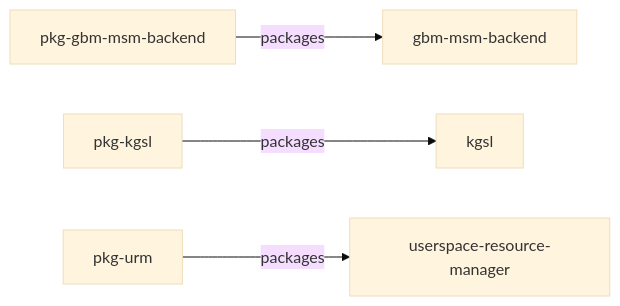
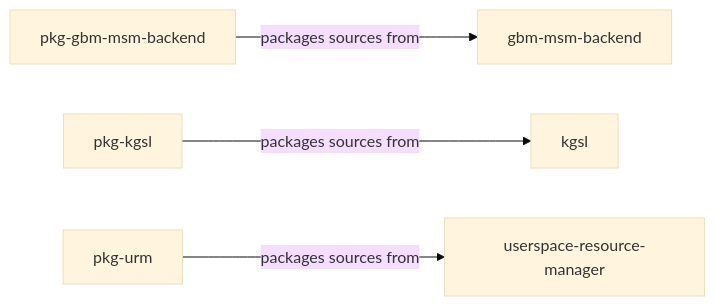
One commit to devdocsorg/qualcomm-repository-map changed the third of 3 diagrams in README.md. Above: the diagram before and after it, drawn with Mermaid (base theme). The commit also changed other lines of this file and 7 other files, not shown here.

````diff
--- a/README.md
+++ b/README.md
@@ -96,18 +104,18 @@
 ```mermaid
 flowchart LR
     r0["gbm-msm-backend"]
     click r0 href "https://github.com/qualcomm-linux/gbm-msm-backend" _blank
     r1["kgsl"]
     click r1 href "https://github.com/qualcomm-linux/kgsl" _blank
     r2["pkg-gbm-msm-backend"]
     click r2 href "https://github.com/qualcomm-linux/pkg-gbm-msm-backend" _blank
     r3["pkg-kgsl"]
     click r3 href "https://github.com/qualcomm-linux/pkg-kgsl" _blank
     r4["pkg-urm"]
     click r4 href "https://github.com/qualcomm-linux/pkg-urm" _blank
     r5["userspace-resource-manager"]
     click r5 href "https://github.com/qualcomm/userspace-resource-manager" _blank
-    r2 -->|"packages"| r0
-    r3 -->|"packages"| r1
-    r4 -->|"packages"| r5
+    r2 -->|"packages sources from"| r0
+    r3 -->|"packages sources from"| r1
+    r4 -->|"packages sources from"| r5
 ```
````
